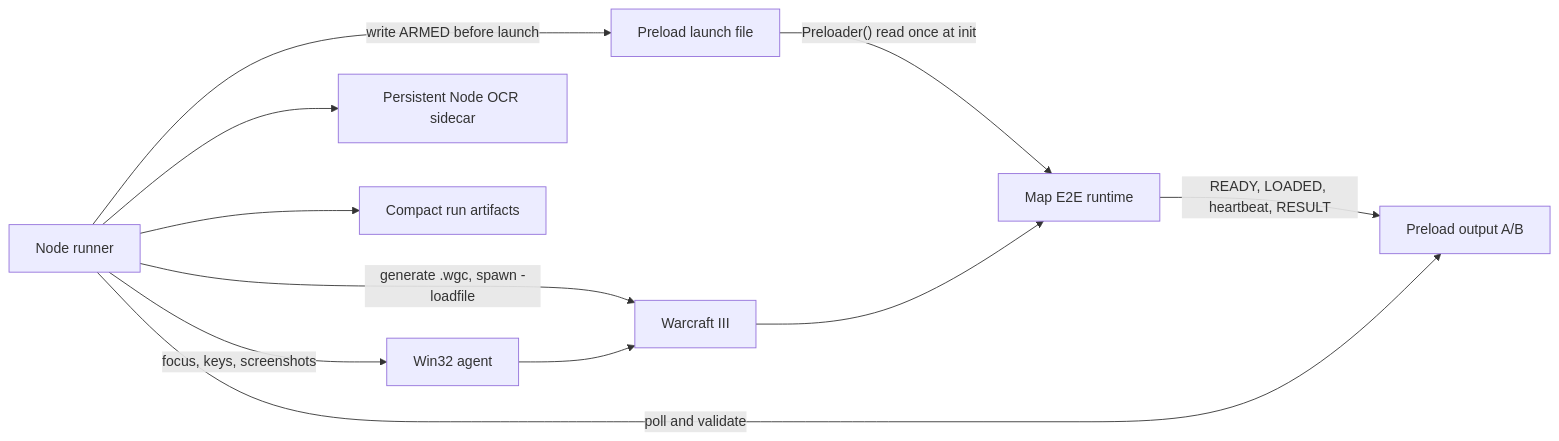
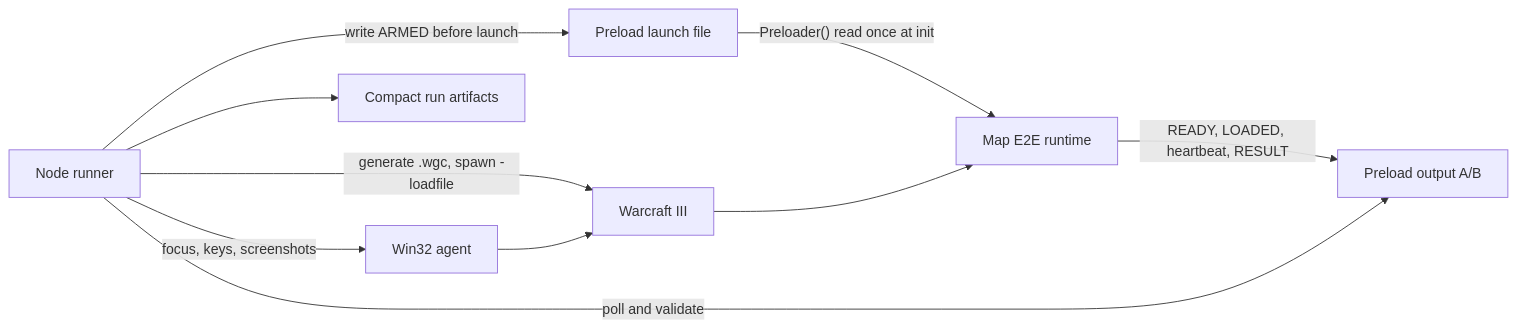
One commit to Frotty/wc3-e2e-harness changed the diagram in docs/SharedE2EHarnessPlan.md. Above: the diagram before and after it, drawn with Mermaid. The commit also changed other lines of this file and 10 other files, not shown here.

````diff
--- a/docs/SharedE2EHarnessPlan.md
+++ b/docs/SharedE2EHarnessPlan.md
@@ -64,13 +63,12 @@
 ```mermaid
 flowchart LR
     Runner["Node runner"] -->|"write ARMED before launch"| Control["Preload launch file"]
     Runner -->|"generate .wgc, spawn -loadfile"| WC3["Warcraft III"]
     Runner -->|"focus, keys, screenshots"| Agent["Win32 agent"]
     Agent --> WC3
     Control -->|"Preloader() read once at init"| Map["Map E2E runtime"]
     WC3 --> Map
     Map -->|"READY, LOADED, heartbeat, RESULT"| Output["Preload output A/B"]
     Runner -->|"poll and validate"| Output
-    Runner --> OCR["Persistent Node OCR sidecar"]
     Runner --> Artifacts["Compact run artifacts"]
 ```
````
